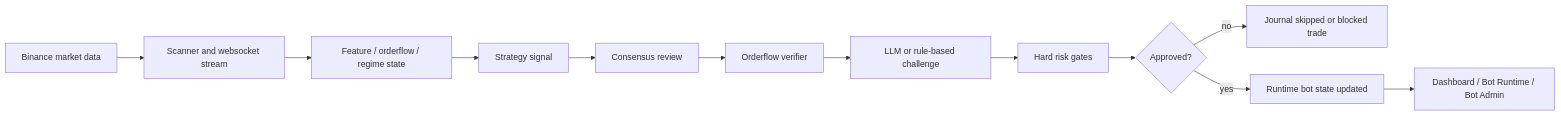
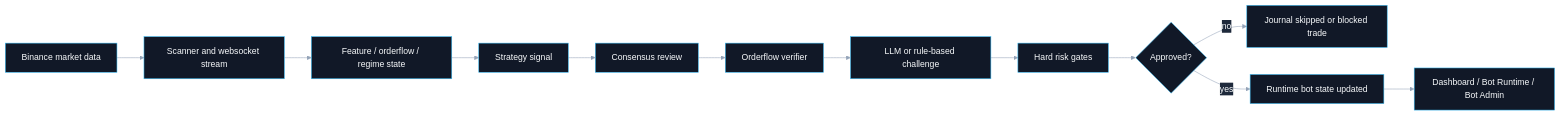
Before and after one commit to kaniampurath/mytradingmind-ai: the third of 4 diagrams in docs/ARCHITECTURE.md, drawn with Mermaid. The commit also changed other lines of this file and 2 other files, not shown here.

Commit message:
Tune architecture diagrams for dark and light themes

````diff
--- a/docs/ARCHITECTURE.md
+++ b/docs/ARCHITECTURE.md
@@ -177,14 +179,15 @@
 ```mermaid
+%%{init: {"theme": "base", "themeVariables": {"background": "#07111f", "mainBkg": "#111827", "primaryColor": "#172554", "primaryTextColor": "#f8fafc", "primaryBorderColor": "#38bdf8", "lineColor": "#94a3b8", "secondaryColor": "#1e293b", "tertiaryColor": "#0f172a", "fontFamily": "Inter, Segoe UI, Arial, sans-serif"}} }%%
 flowchart LR
     A["Binance market data"] --> B["Scanner and websocket stream"]
     B --> C["Feature / orderflow / regime state"]
     C --> D["Strategy signal"]
     D --> E["Consensus review"]
     E --> F["Orderflow verifier"]
     F --> G["LLM or rule-based challenge"]
     G --> H["Hard risk gates"]
     H --> I{"Approved?"}
     I -- no --> J["Journal skipped or blocked trade"]
     I -- yes --> K["Runtime bot state updated"]
     K --> L["Dashboard / Bot Runtime / Bot Admin"]
 ```
````
